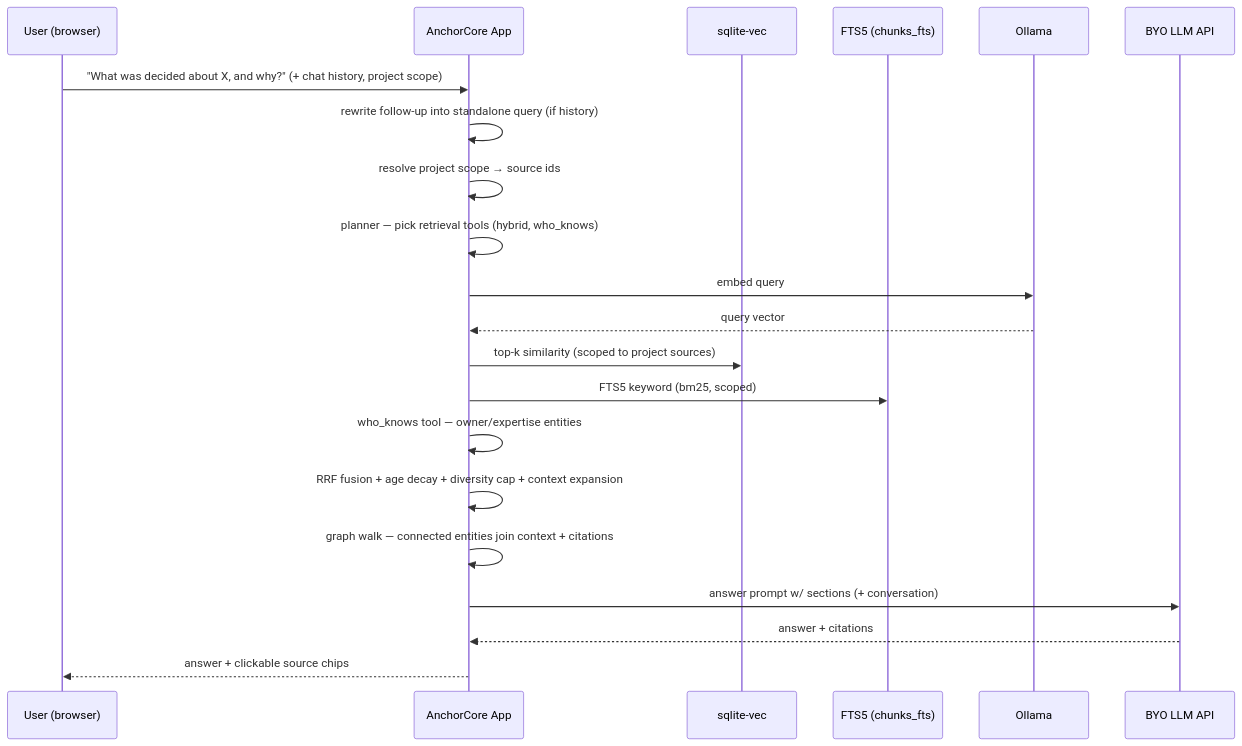
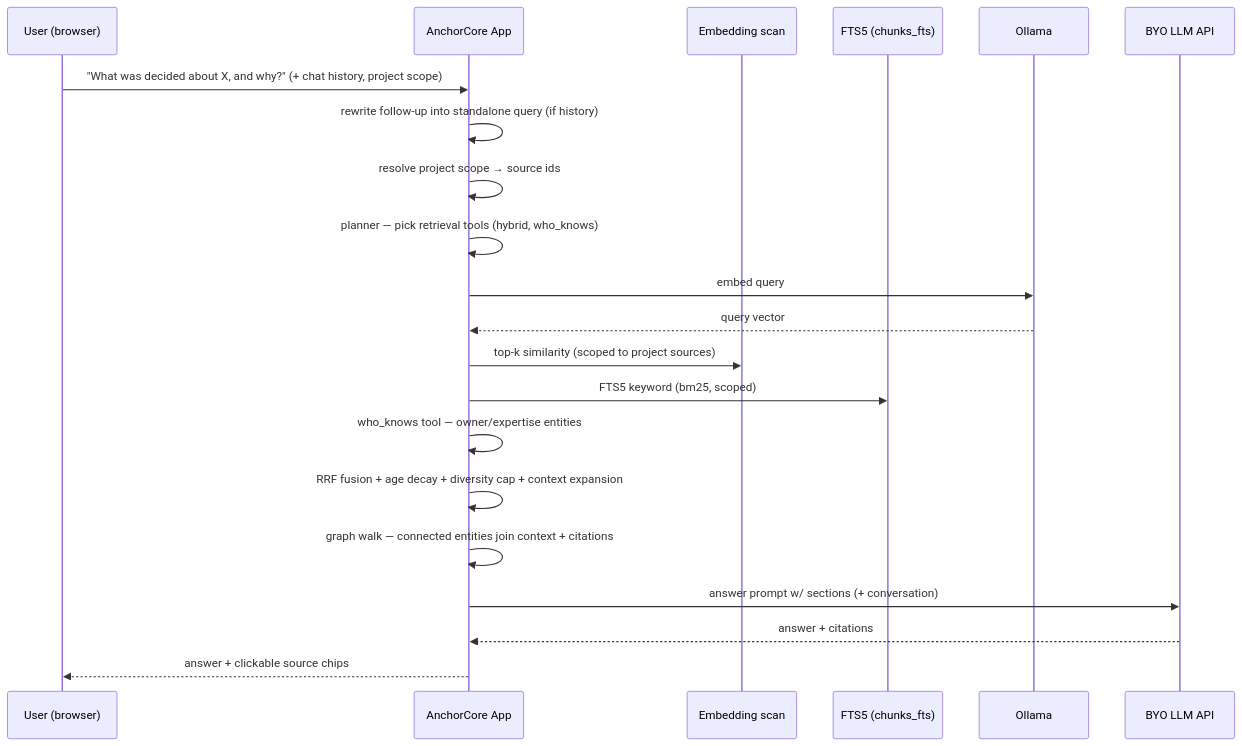
The third of 4 diagrams in docs/architecture.md (Atsirkunov/anchorcore), drawn with Mermaid before and after one commit. The commit also changed other lines of this file and 9 other files, not shown here.

Commit message:
Docs: sync README + docs with the website (positioning, Team quote-only, macOS first-launch, keychain scope, Linux download, embedding scan not sqlite-vec)

````diff
--- a/docs/architecture.md
+++ b/docs/architecture.md
@@ -107,24 +107,24 @@
 ```mermaid
 sequenceDiagram
     participant U as User (browser)
     participant A as AnchorCore App
-    participant V as sqlite-vec
+    participant V as Embedding scan
     participant F as FTS5 (chunks_fts)
     participant O as Ollama
     participant M as BYO LLM API
 
     U->>A: "What was decided about X, and why?" (+ chat history, project scope)
     A->>A: rewrite follow-up into standalone query (if history)
     A->>A: resolve project scope → source ids
     A->>A: planner — pick retrieval tools (hybrid, who_knows)
     A->>O: embed query
     O-->>A: query vector
     A->>V: top-k similarity (scoped to project sources)
     A->>F: FTS5 keyword (bm25, scoped)
     A->>A: who_knows tool — owner/expertise entities
     A->>A: RRF fusion + age decay + diversity cap + context expansion
     A->>A: graph walk — connected entities join context + citations
     A->>M: answer prompt w/ sections (+ conversation)
     M-->>A: answer + citations
     A-->>U: answer + clickable source chips
 ```
````
